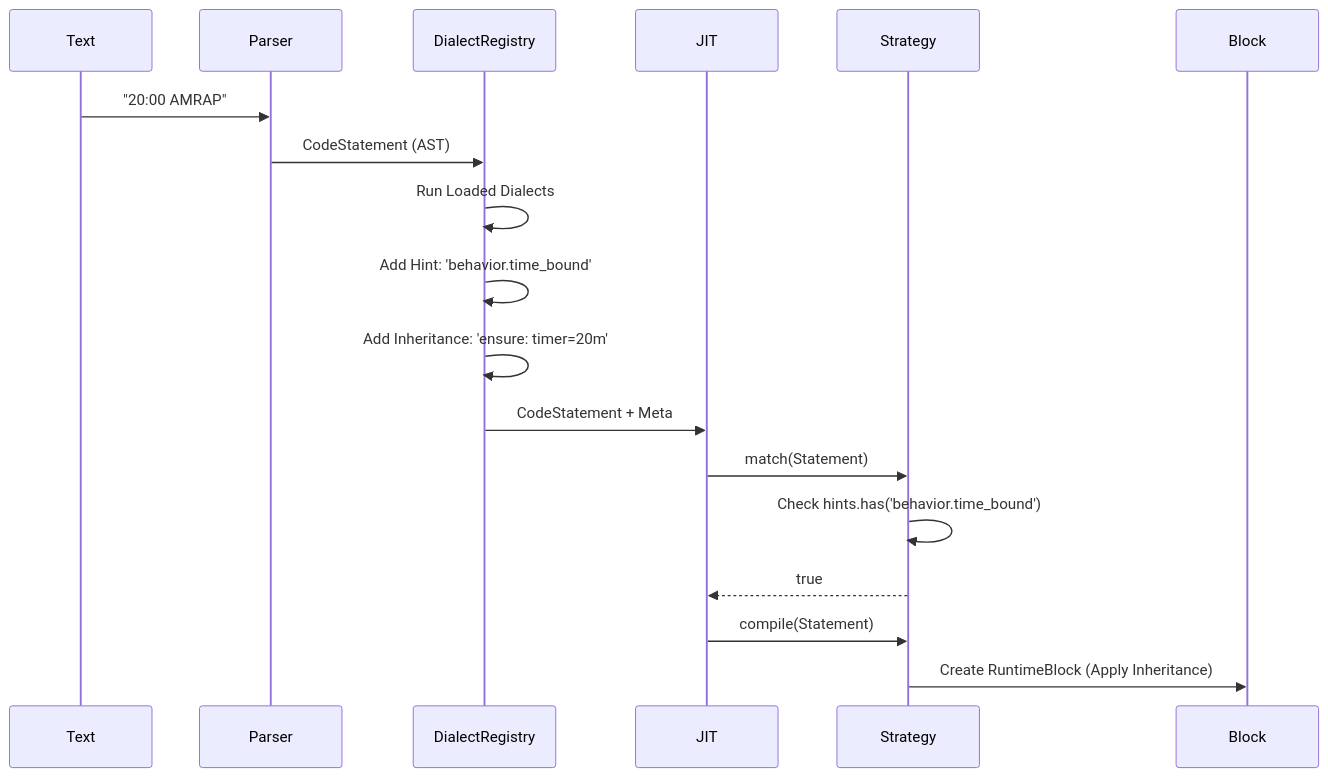
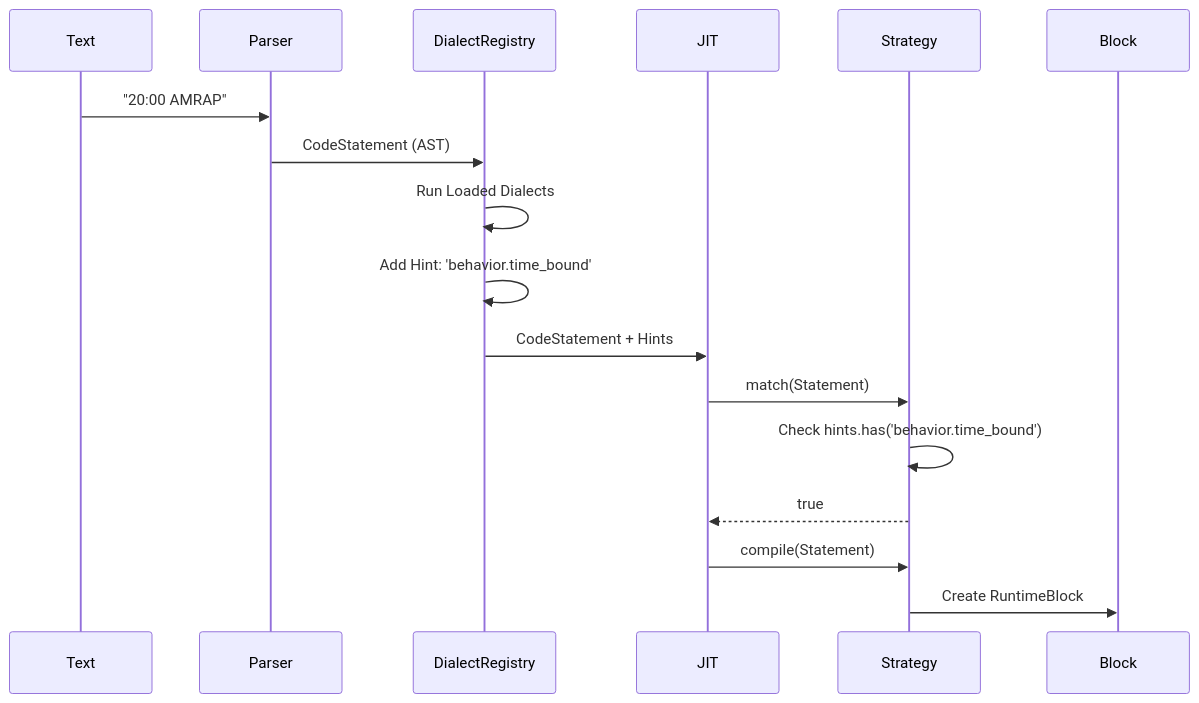
The diagram in docs/deep-dives/jit-and-parser-architecture.md (SergeiGolos/wod-wiki), drawn with Mermaid before and after one commit. The commit also changed other lines of this file and 3 other files, not shown here.

Commit message:
docs: split jit-and-parser-architecture into separate plan documents

````diff
--- a/docs/deep-dives/jit-and-parser-architecture.md
+++ b/docs/deep-dives/jit-and-parser-architecture.md
@@ -325,21 +164,20 @@
 ```mermaid
 sequenceDiagram
     participant Text
     participant Parser
     participant DialectRegistry
     participant JIT
     participant Strategy
     participant Block
 
     Text->>Parser: "20:00 AMRAP"
     Parser->>DialectRegistry: CodeStatement (AST)
     DialectRegistry->>DialectRegistry: Run Loaded Dialects
     DialectRegistry->>DialectRegistry: Add Hint: 'behavior.time_bound'
-    DialectRegistry->>DialectRegistry: Add Inheritance: 'ensure: timer=20m'
-    DialectRegistry->>JIT: CodeStatement + Meta
+    DialectRegistry->>JIT: CodeStatement + Hints
     JIT->>Strategy: match(Statement)
     Strategy->>Strategy: Check hints.has('behavior.time_bound')
     Strategy-->>JIT: true
     JIT->>Strategy: compile(Statement)
-    Strategy->>Block: Create RuntimeBlock (Apply Inheritance)
+    Strategy->>Block: Create RuntimeBlock
 ```
````
